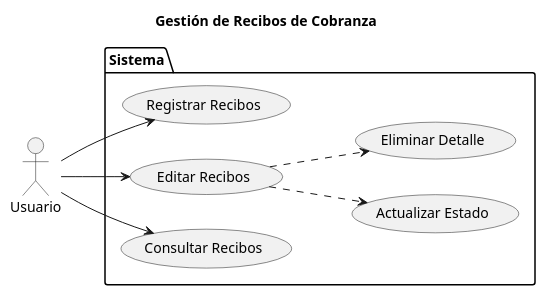
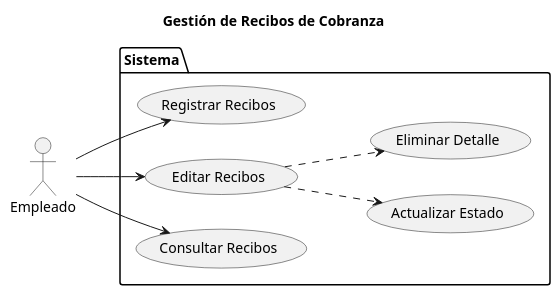
The diagram in Diagramas/caso_de_uso_Recibos.plantuml (marcelolezcanodev/GarageGuru), drawn with PlantUML before and after one commit. The commit also changed 17 other files, not shown here.

```diff
--- a/Diagramas/caso_de_uso_Recibos.plantuml
+++ b/Diagramas/caso_de_uso_Recibos.plantuml
@@ -1,25 +1,25 @@
-@startuml usuario
+@startuml CU_Recibo
 
 left to right direction
 
 title Gestión de Recibos de Cobranza
 
-actor Usuario as User
+actor Empleado as User
 
 package Sistema {
 
     USECASE "Registrar Recibos" as UC_Registrar
     USECASE "Editar Recibos" as UC_Editar
     USECASE "Consultar Recibos" as UC_Consultar
     USECASE "Actualizar Estado" as UC_Editar_Estado
     USECASE "Eliminar Detalle" as UC_Eliminar_Detalle
 
 }
 
 User --> UC_Registrar
 User --> UC_Editar
 User --> UC_Consultar
 UC_Editar ..> UC_Editar_Estado
 UC_Editar ..> UC_Eliminar_Detalle
 
 @enduml
```
